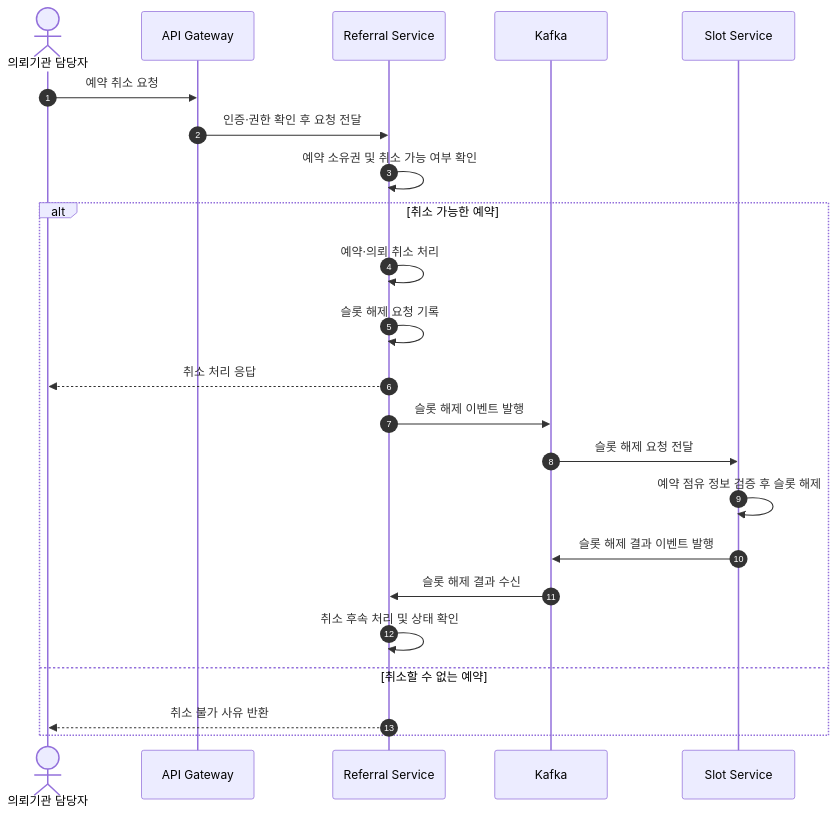
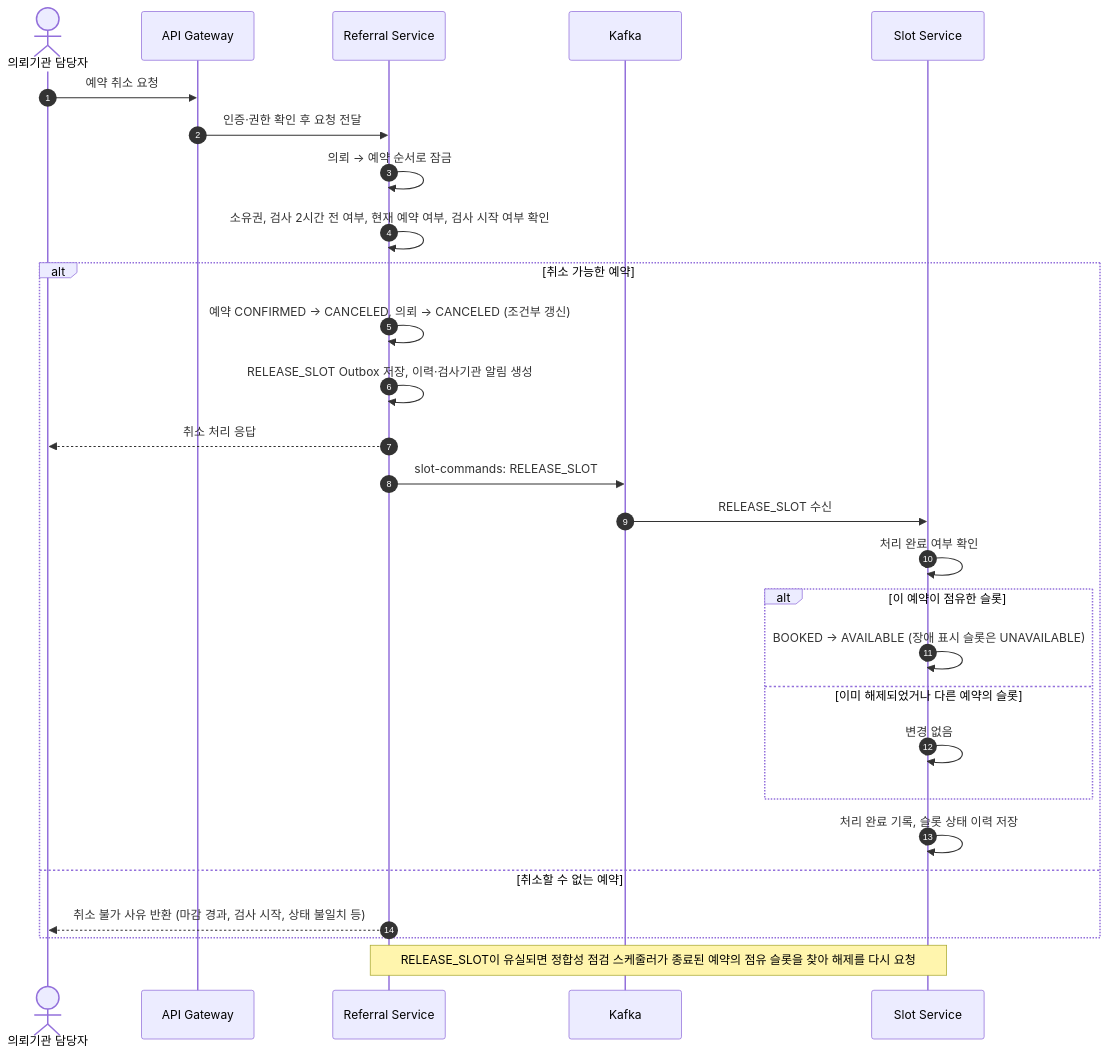
The fifth of 6 diagrams in docs/SCENARIOS.md (HEALO-WORLD/ITDA), drawn with Mermaid before and after one commit. The commit also changed other lines of this file, not shown here.

Commit message:
docs: 예약취소 시나리오 추가 작성

````diff
--- a/docs/SCENARIOS.md
+++ b/docs/SCENARIOS.md
@@ -275,26 +273,33 @@
 ```mermaid
 sequenceDiagram
     autonumber
     actor U as 의뢰기관 담당자
     participant G as API Gateway
     participant R as Referral Service
     participant K as Kafka
     participant S as Slot Service
+
     U ->> G: 예약 취소 요청
     G ->> R: 인증·권한 확인 후 요청 전달
-    R ->> R: 예약 소유권 및 취소 가능 여부 확인
+    R ->> R: 의뢰 → 예약 순서로 잠금
+    R ->> R: 소유권, 검사 2시간 전 여부, 현재 예약 여부, 검사 시작 여부 확인
 
     alt 취소 가능한 예약
-        R ->> R: 예약·의뢰 취소 처리
-        R ->> R: 슬롯 해제 요청 기록
+        R ->> R: 예약 CONFIRMED → CANCELED, 의뢰 → CANCELED (조건부 갱신)
+        R ->> R: RELEASE_SLOT Outbox 저장, 이력·검사기관 알림 생성
         R -->> U: 취소 처리 응답
-        R ->> K: 슬롯 해제 이벤트 발행
-        K ->> S: 슬롯 해제 요청 전달
-        S ->> S: 예약 점유 정보 검증 후 슬롯 해제
-        S ->> K: 슬롯 해제 결과 이벤트 발행
-        K ->> R: 슬롯 해제 결과 수신
-        R ->> R: 취소 후속 처리 및 상태 확인
+        R ->> K: slot-commands: RELEASE_SLOT
+        K ->> S: RELEASE_SLOT 수신
+        S ->> S: 처리 완료 여부 확인
+        alt 이 예약이 점유한 슬롯
+            S ->> S: BOOKED → AVAILABLE (장애 표시 슬롯은 UNAVAILABLE)
+        else 이미 해제되었거나 다른 예약의 슬롯
+            S ->> S: 변경 없음
+        end
+        S ->> S: 처리 완료 기록, 슬롯 상태 이력 저장
     else 취소할 수 없는 예약
-        R -->> U: 취소 불가 사유 반환
+        R -->> U: 취소 불가 사유 반환 (마감 경과, 검사 시작, 상태 불일치 등)
     end
+
+    Note over R,S: RELEASE_SLOT이 유실되면 정합성 점검 스케줄러가 종료된 예약의 점유 슬롯을 찾아 해제를 다시 요청
 ```
````
